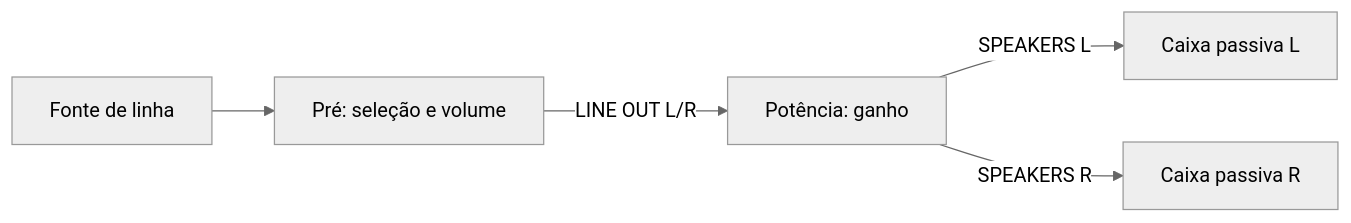
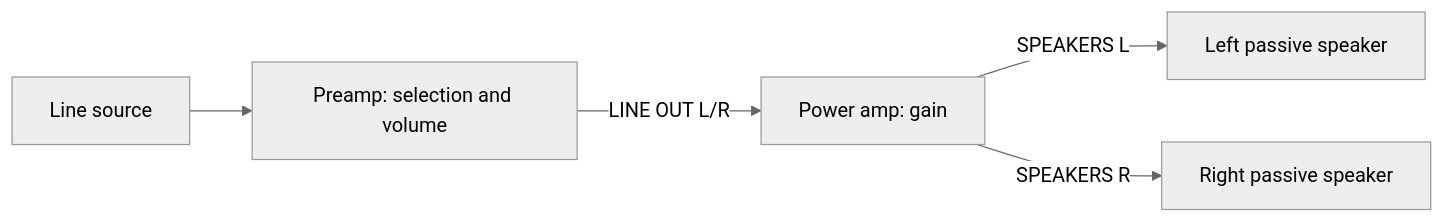
One commit to gperegr/AudioSystem changed the diagram in docs/diagrams/amplificacao-01.mmd. Above: the diagram before and after it, drawn with Mermaid (neutral theme). The commit also changed 79 other files, not shown here.

```diff
--- a/docs/diagrams/amplificacao-01.mmd
+++ b/docs/diagrams/amplificacao-01.mmd
@@ -1,5 +1,5 @@
 flowchart LR
-    F["Fonte de linha"] --> PRE["Pré: seleção e volume"]
-    PRE -->|"LINE OUT L/R"| P["Potência: ganho"]
-    P -->|"SPEAKERS L"| E["Caixa passiva L"]
-    P -->|"SPEAKERS R"| D["Caixa passiva R"]
+    F["Line source"] --> PRE["Preamp: selection and volume"]
+    PRE -->|"LINE OUT L/R"| P["Power amp: gain"]
+    P -->|"SPEAKERS L"| E["Left passive speaker"]
+    P -->|"SPEAKERS R"| D["Right passive speaker"]
```
